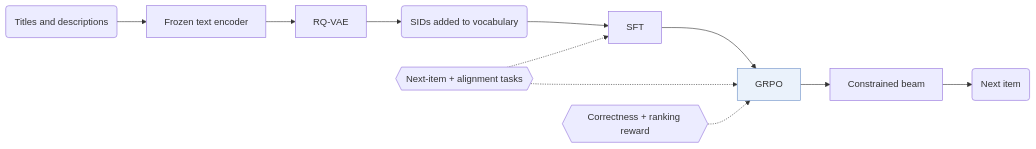
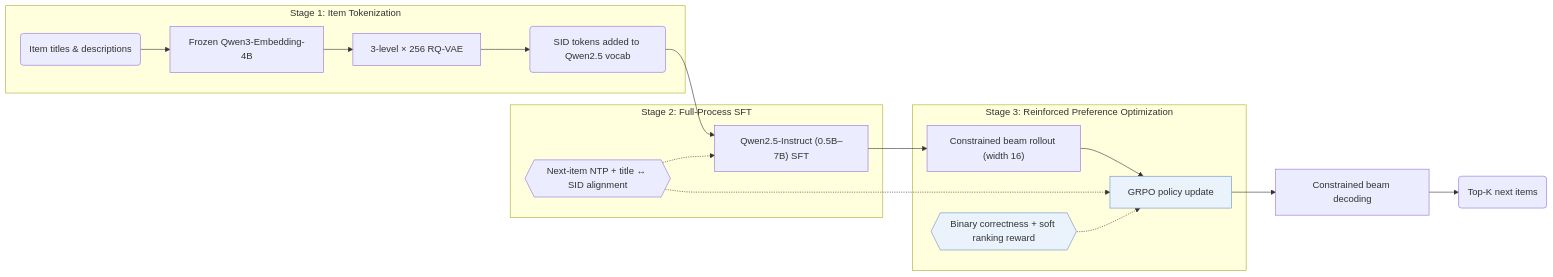
Before and after one commit to Galaxy-ghost/Awesome-SID-Generative-Rec: the diagram in notes/minionerec.md, drawn with Mermaid. The commit also changed other lines of this file and 649 other files, not shown here.

Commit message:
writer-05: also tags and modality index (schema, check, build, visuals); summary field removed; calibration data for 12 papers

````diff
--- a/notes/minionerec.md
+++ b/notes/minionerec.md
@@ -15,14 +16,21 @@
 ```mermaid
 flowchart LR
-    A("Titles and descriptions") --> B["Frozen text encoder"]
-    B --> C["RQ-VAE"]
-    C --> D("SIDs added to vocabulary")
-    D --> E["SFT"]
-    E --> F["GRPO"]:::key
-    L1{{"Next-item + alignment tasks"}} -.-> E
-    L1 -.-> F
-    L2{{"Correctness + ranking reward"}} -.-> F
-    F --> G["Constrained beam"]
-    G --> H("Next item")
+    subgraph TOK["Stage 1: Item Tokenization"]
+        A("Item titles & descriptions") --> B["Frozen Qwen3-Embedding-4B"]
+        B --> C["3-level × 256 RQ-VAE"]
+        C --> D("SID tokens added to Qwen2.5 vocab")
+    end
+    subgraph SFT_STAGE["Stage 2: Full-Process SFT"]
+        D --> E["Qwen2.5-Instruct (0.5B–7B) SFT"]
+        L1{{"Next-item NTP + title ↔ SID alignment"}} -.-> E
+    end
+    subgraph RL_STAGE["Stage 3: Reinforced Preference Optimization"]
+        E --> R["Constrained beam rollout (width 16)"]
+        R --> F["GRPO policy update"]:::key
+        L1 -.-> F
+        L2{{"Binary correctness + soft ranking reward"}}:::key -.-> F
+    end
+    F --> G["Constrained beam decoding"]
+    G --> H("Top-K next items")
     classDef key fill:#eaf2fb,stroke:#6b8fc7
 ```
````
